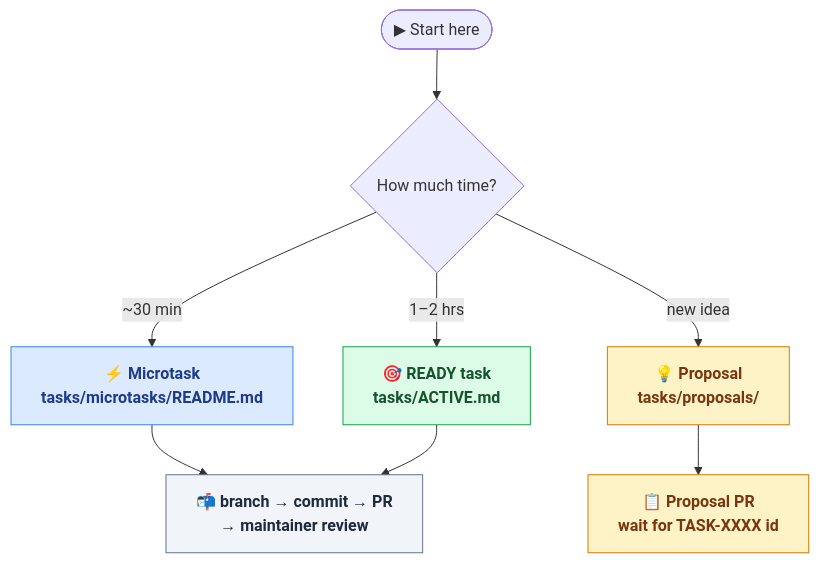
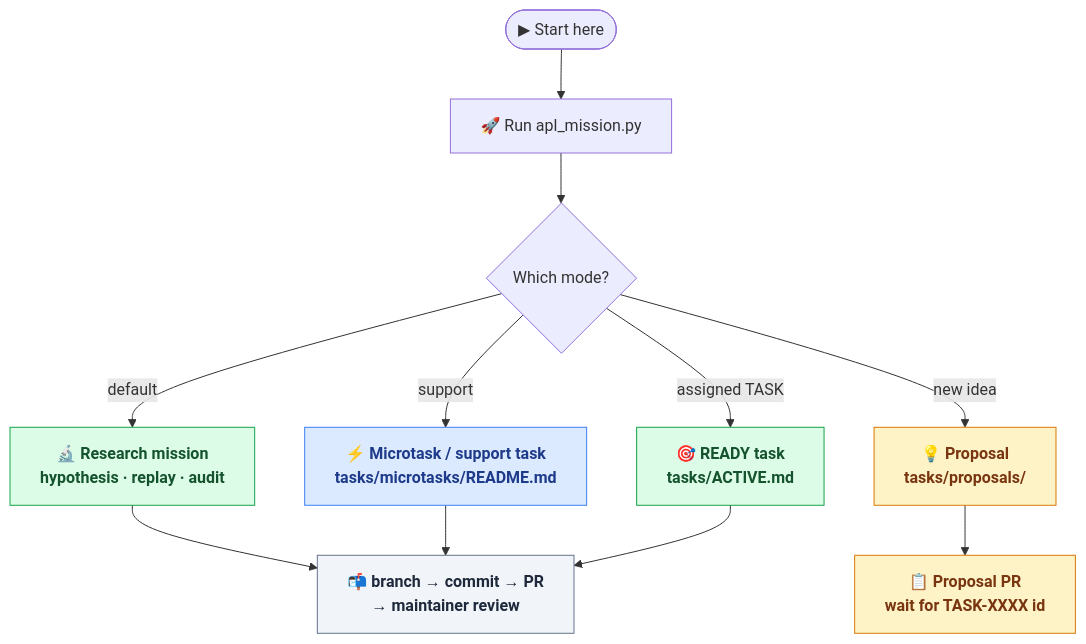
The first of 3 diagrams in docs/use-your-agent.md (open-agent-science/autonomous-physics-lab), drawn with Mermaid before and after one commit. The commit also changed other lines of this file and 17 other files, not shown here.

Commit message:
feat(task-0181): add agent-first mission control

````diff
--- a/docs/use-your-agent.md
+++ b/docs/use-your-agent.md
@@ -16,17 +45,20 @@
 ```mermaid
 flowchart TD
     classDef quick  fill:#dbeafe,stroke:#3b82f6,color:#1e3a8a,font-weight:bold
     classDef task   fill:#dcfce7,stroke:#16a34a,color:#14532d,font-weight:bold
     classDef prop   fill:#fef3c7,stroke:#d97706,color:#78350f,font-weight:bold
     classDef finish fill:#f1f5f9,stroke:#64748b,color:#1e293b,font-weight:bold
 
-    Start(["▶ Start here"]) --> Budget{"How much time?"}
+    Start(["▶ Start here"]) --> Mission["🚀 Run apl_mission.py"]
+    Mission --> Mode{"Which mode?"}
 
-    Budget -->|"~30 min"| MT["⚡ Microtask\ntasks/microtasks/README.md"]:::quick
-    Budget -->|"1–2 hrs"| RT["🎯 READY task\ntasks/ACTIVE.md"]:::task
-    Budget -->|"new idea"| Prop["💡 Proposal\ntasks/proposals/"]:::prop
+    Mode -->|"default"| Research["🔬 Research mission\nhypothesis · replay · audit"]:::task
+    Mode -->|"support"| MT["⚡ Microtask / support task\ntasks/microtasks/README.md"]:::quick
+    Mode -->|"assigned TASK"| RT["🎯 READY task\ntasks/ACTIVE.md"]:::task
+    Mode -->|"new idea"| Prop["💡 Proposal\ntasks/proposals/"]:::prop
 
-    MT  --> PR["📬 branch → commit → PR\n→ maintainer review"]:::finish
+    Research --> PR["📬 branch → commit → PR\n→ maintainer review"]:::finish
+    MT  --> PR
     RT  --> PR
     Prop --> PropPR["📋 Proposal PR\nwait for TASK-XXXX id"]:::prop
 ```
````
